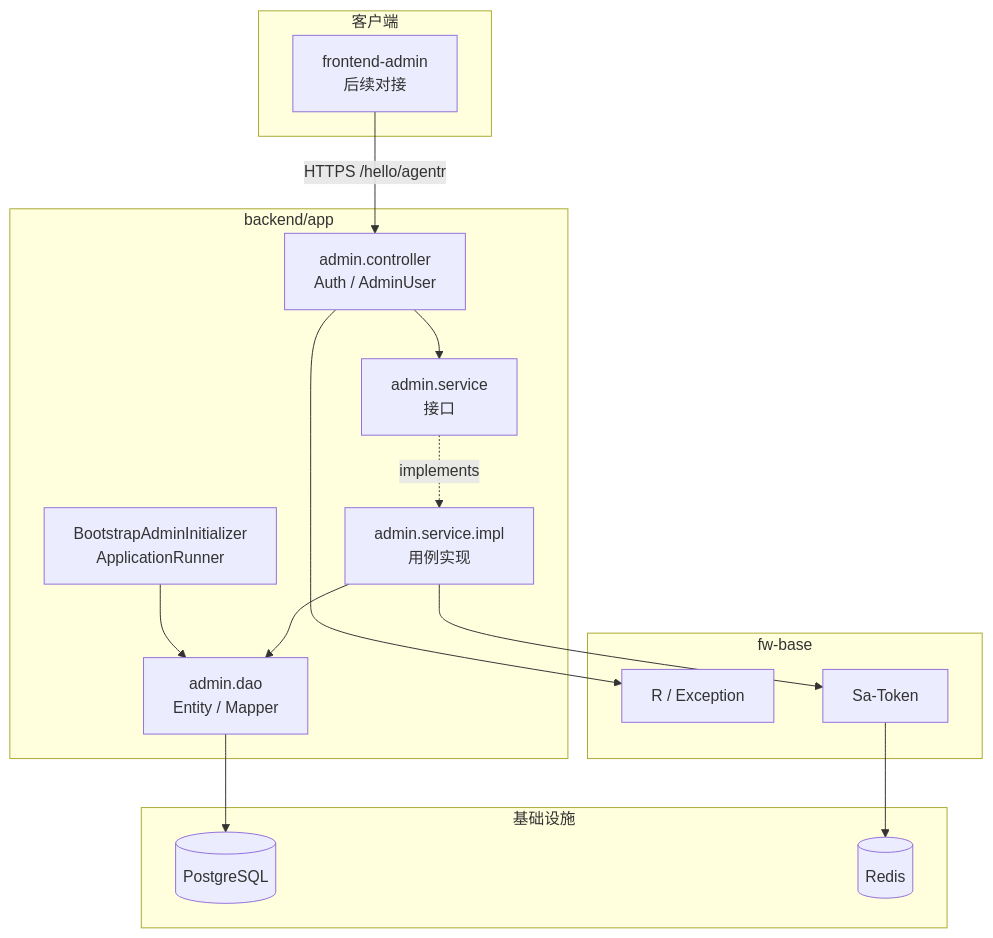
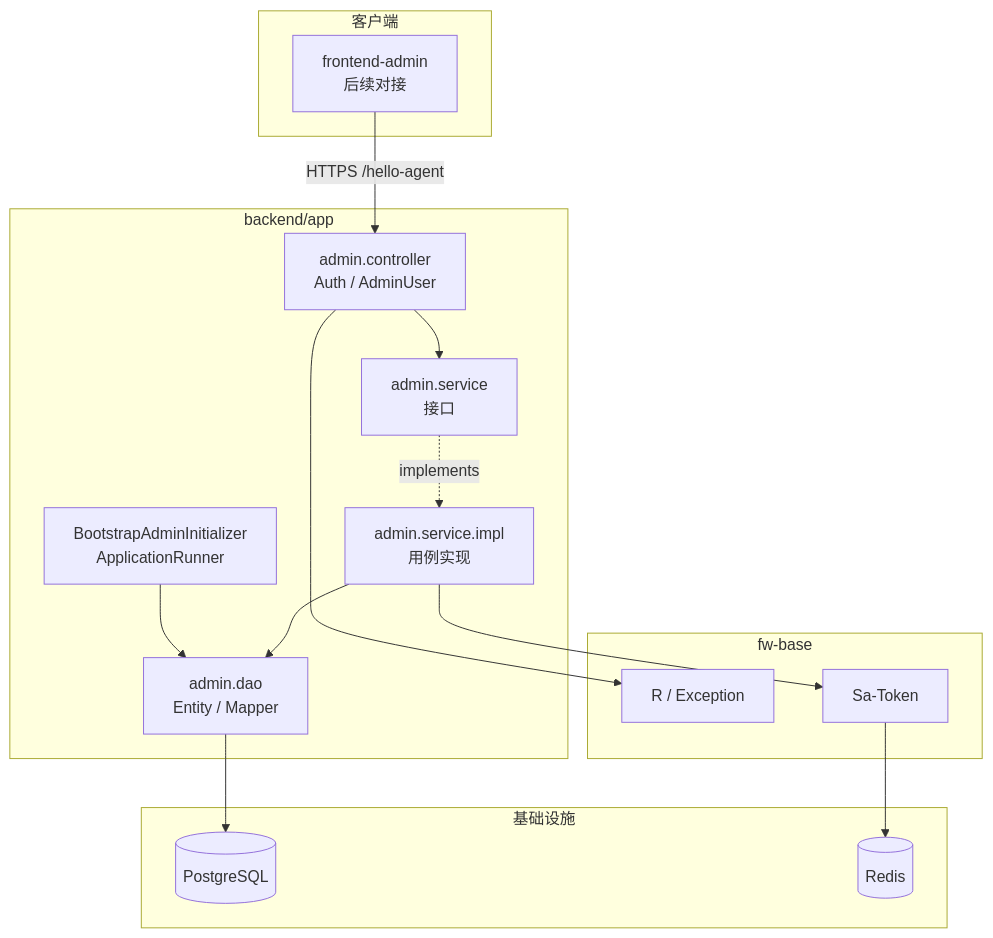
Before and after one commit to linuxjava/Hello-AgentR: the diagram in openspec/changes/add-admin-user-auth/design.md, drawn with Mermaid. The commit also changed other lines of this file and 20 other files, not shown here.

````diff
--- a/openspec/changes/add-admin-user-auth/design.md
+++ b/openspec/changes/add-admin-user-auth/design.md
@@ -21,34 +21,34 @@
 ```mermaid
 flowchart TB
   subgraph clients["客户端"]
     ADM[frontend-admin<br/>后续对接]
   end
 
   subgraph app["backend/app"]
     CTRL[admin.controller<br/>Auth / AdminUser]
     SVC[admin.service<br/>接口]
     IMPL[admin.service.impl<br/>用例实现]
     BOOT[BootstrapAdminInitializer<br/>ApplicationRunner]
     DAO[admin.dao<br/>Entity / Mapper]
   end
 
   subgraph fw["fw-base"]
     R[R / Exception]
     SA[Sa-Token]
   end
 
   subgraph infra["基础设施"]
     PG[(PostgreSQL)]
     RD[(Redis)]
   end
 
-  ADM -->|HTTPS /hello/agentr| CTRL
+  ADM -->|HTTPS /hello-agent| CTRL
   CTRL --> SVC
   SVC -.->|implements| IMPL
   CTRL --> R
   IMPL --> DAO
   IMPL --> SA
   BOOT --> DAO
   DAO --> PG
   SA --> RD
 ```
````
